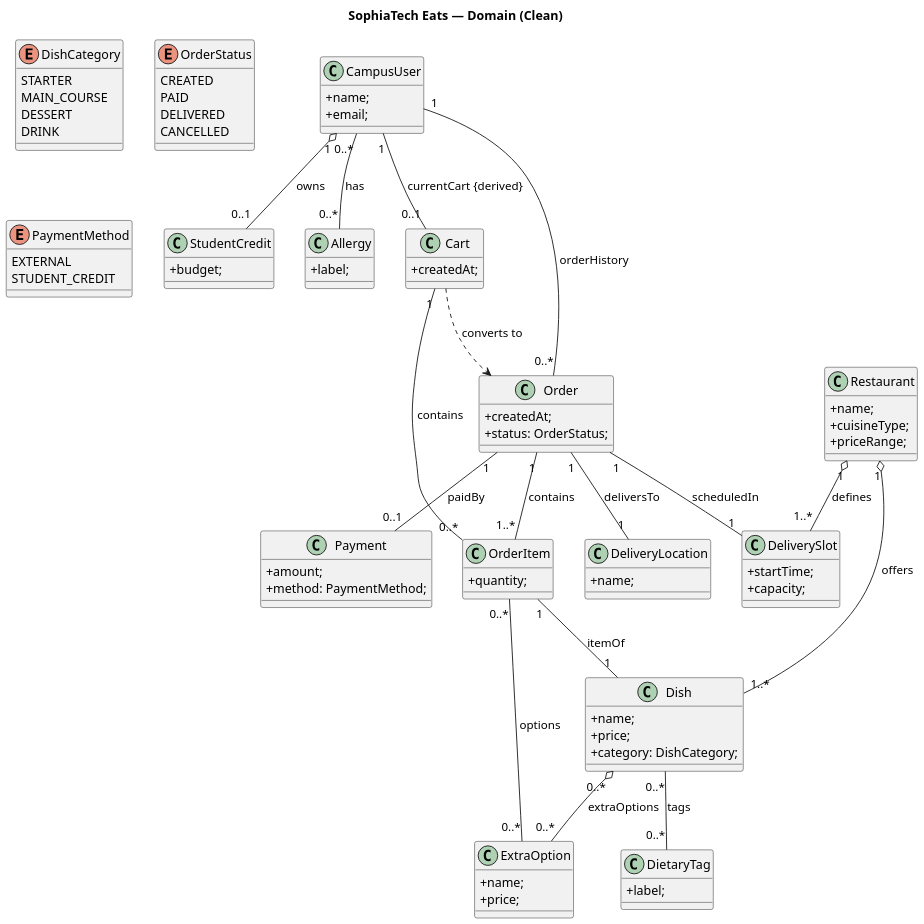
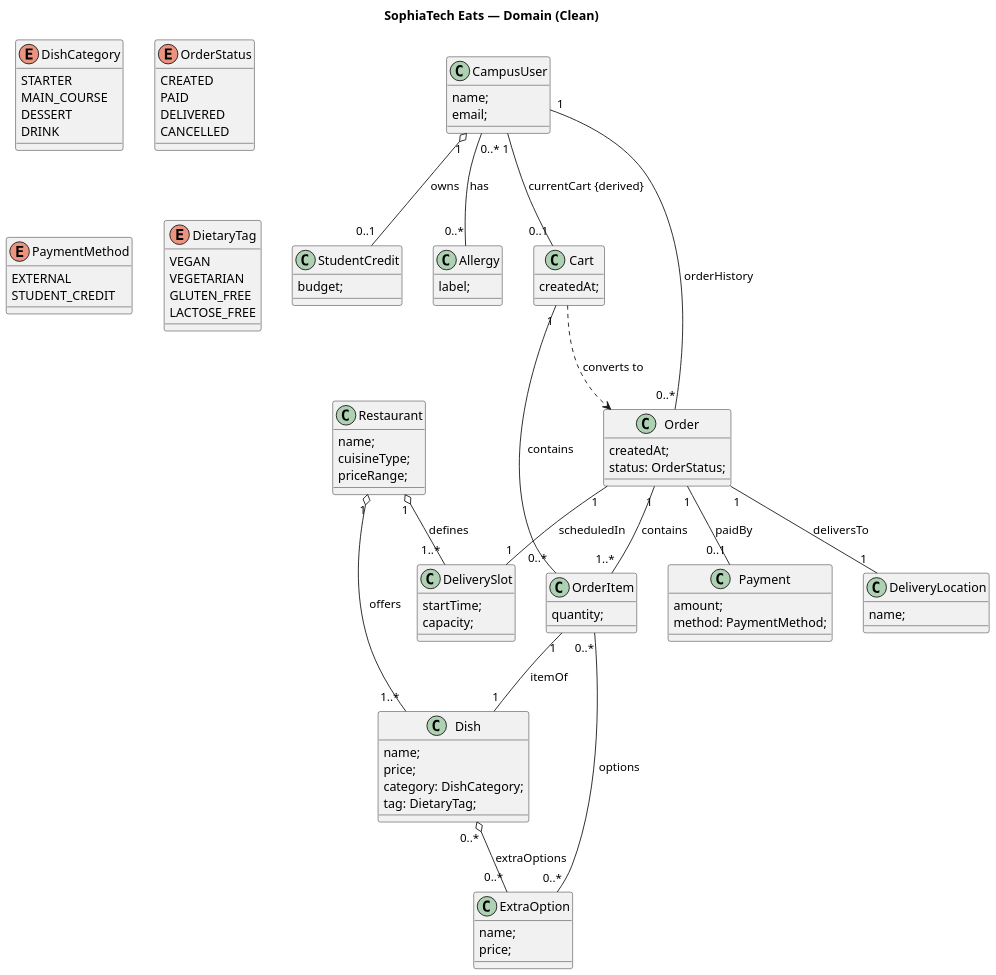
One commit to StefanB07/SophiaEats changed the diagram in diagramsA2/CleanClassDiagram.puml. Above: the diagram before and after it, drawn with PlantUML. The commit also changed 1 other file, not shown here.

Commit message:
clean diagram

```diff
--- a/diagramsA2/CleanClassDiagram.puml
+++ b/diagramsA2/CleanClassDiagram.puml
@@ -1,120 +1,122 @@
 @startuml
 Title SophiaTech Eats — Domain (Clean)
 
 
 skinparam classAttributeIconSize 0
 skinparam shadowing false
 skinparam dpi 140
 
 
 ' ==== Enums (as in code) ====
-
 enum DishCategory {
   STARTER
   MAIN_COURSE
   DESSERT
   DRINK
 }
 
 enum OrderStatus {
   CREATED
   PAID
   DELIVERED
   CANCELLED
 }
 
 enum PaymentMethod {
   EXTERNAL
   STUDENT_CREDIT
 }
 
+enum DietaryTag {
+    VEGAN
+    VEGETARIAN
+    GLUTEN_FREE
+    LACTOSE_FREE
+}
+
+
 ' ==== Core domain ====
 class CampusUser {
-  +name;
-  +email;
+  name;
+  email;
 }
 class StudentCredit {
-  +budget;
+  budget;
 }
 class Allergy {
-  +label;
+  label;
 }
 
 
 class Cart {
-  +createdAt;
+  createdAt;
 }
 class Order {
-  +createdAt;
-  +status: OrderStatus;
+  createdAt;
+  status: OrderStatus;
 }
 class OrderItem {
-  +quantity;
+  quantity;
 }
 class Payment {
-  +amount;
-  +method: PaymentMethod;
+  amount;
+  method: PaymentMethod;
 }
 
 
 class Restaurant {
-  +name;
-  +cuisineType;
-  +priceRange;
+  name;
+  cuisineType;
+  priceRange;
 }
 class DeliverySlot {
-  +startTime;
-  +capacity;
+  startTime;
+  capacity;
 }
 class DeliveryLocation {
-  +name;
+  name;
 }
 
 
 class Dish {
-  +name;
-  +price;
-  +category: DishCategory;
+  name;
+  price;
+  category: DishCategory;
+  tag: DietaryTag;
 }
 class ExtraOption {
-  +name;
-  +price;
-}
-class DietaryTag {
-  +label;
+  name;
+  price;
 }
 
 
 ' ==== Associations (clean) ====
 CampusUser "1" o-- "0..1" StudentCredit : owns
 CampusUser "0..*" -- "0..*" Allergy : has
 
 
 ' Show the **current cart** as a derived association (even if stored in session/repo)
 CampusUser "1" -- "0..1" Cart : currentCart {derived}
 
 
 Cart "1" -- "0..*" OrderItem : contains
 Cart ..> Order : converts to
 
 
 CampusUser "1" -- "0..*" Order : orderHistory
 Order "1" -- "1..*" OrderItem : contains
 OrderItem "1" -- "1" Dish : itemOf
 OrderItem "0..*" -- "0..*" ExtraOption : options
 Order "1" -- "0..1" Payment : paidBy
 
 
 Restaurant "1" o-- "1..*" Dish : offers
 Restaurant "1" o-- "1..*" DeliverySlot : defines
 
 
 Order "1" -- "1" DeliverySlot : scheduledIn
 Order "1" -- "1" DeliveryLocation : deliversTo
 
-
-Dish "0..*" -- "0..*" DietaryTag : tags
 Dish "0..*" o-- "0..*" ExtraOption : extraOptions
 
-
 @enduml
```
